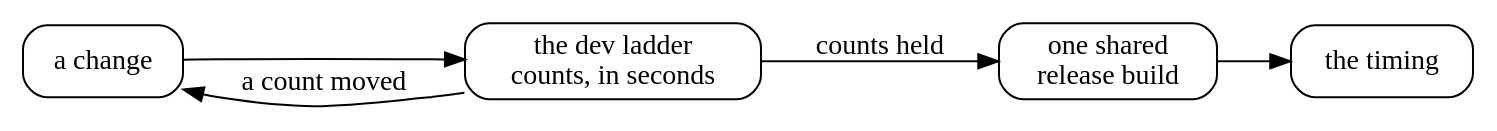
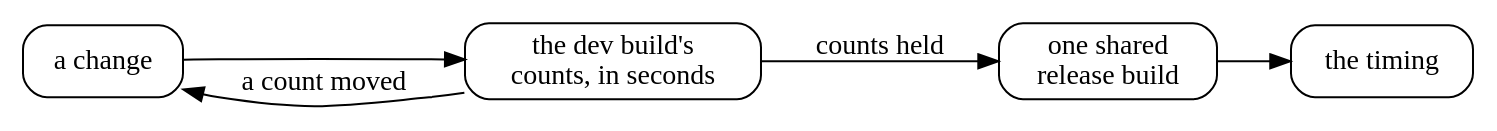
Diagram 13 of 13 in js-book/book.md (showell/roc-js-interpreter), drawn with Graphviz before and after one commit. The commit also changed other lines of this file, not shown here.

First line of the commit message:
js-book: Roc's two builds says what it means by the ladder, a round and lanes

````diff
--- a/js-book/book.md
+++ b/js-book/book.md
@@ -1102,14 +1102,14 @@
 ```dot
 digraph {
   rankdir=LR;
   node [shape=box, style=rounded];
   change [label="a change"];
-  dev [label="the dev ladder\ncounts, in seconds"];
+  dev [label="the dev build's\ncounts, in seconds"];
   release [label="one shared\nrelease build"];
   time [label="the timing"];
   change -> dev;
   dev -> change [label="a count moved"];
   dev -> release [label="counts held"];
   release -> time;
 }
 ```
````
